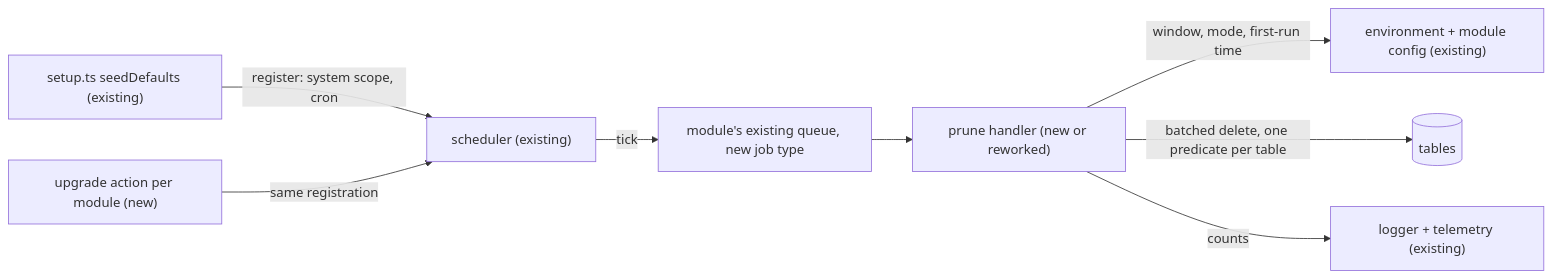
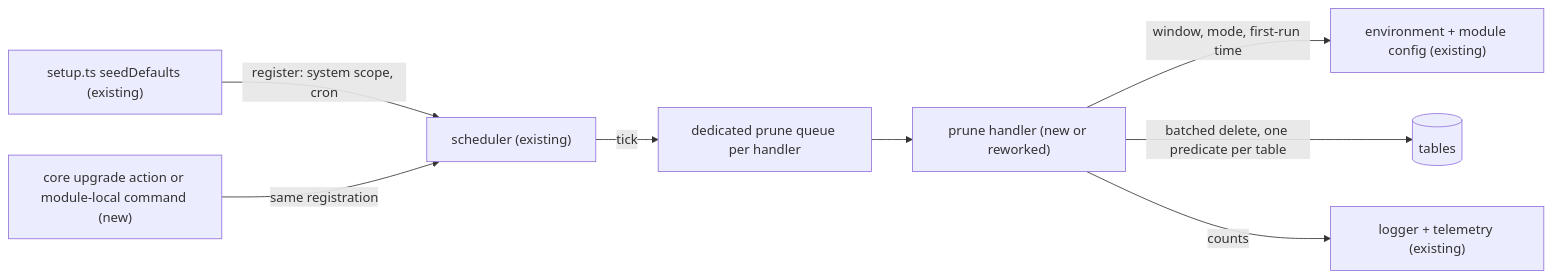
Before and after one commit to open-mercato/open-mercato: the diagram in .ai/specs/2026-11-16-operational-retention-pruners.md, drawn with Mermaid. The commit also changed other lines of this file and 50 other files, not shown here.

````diff
--- a/.ai/specs/2026-11-16-operational-retention-pruners.md
+++ b/.ai/specs/2026-11-16-operational-retention-pruners.md
@@ -177,10 +197,10 @@
 ```mermaid
 flowchart LR
   SD["setup.ts seedDefaults (existing)"] -- "register: system scope, cron" --> SCH["scheduler (existing)"]
-  UA["upgrade action per module (new)"] -- "same registration" --> SCH
-  SCH -- "tick" --> Q["module's existing queue, new job type"]
+  UA["core upgrade action or module-local command (new)"] -- "same registration" --> SCH
+  SCH -- "tick" --> Q["dedicated prune queue per handler"]
   Q --> W["prune handler (new or reworked)"]
   W -- "window, mode, first-run time" --> CFG["environment + module config (existing)"]
   W -- "batched delete, one predicate per table" --> DB[(tables)]
   W -- "counts" --> T["logger + telemetry (existing)"]
 ```
````
